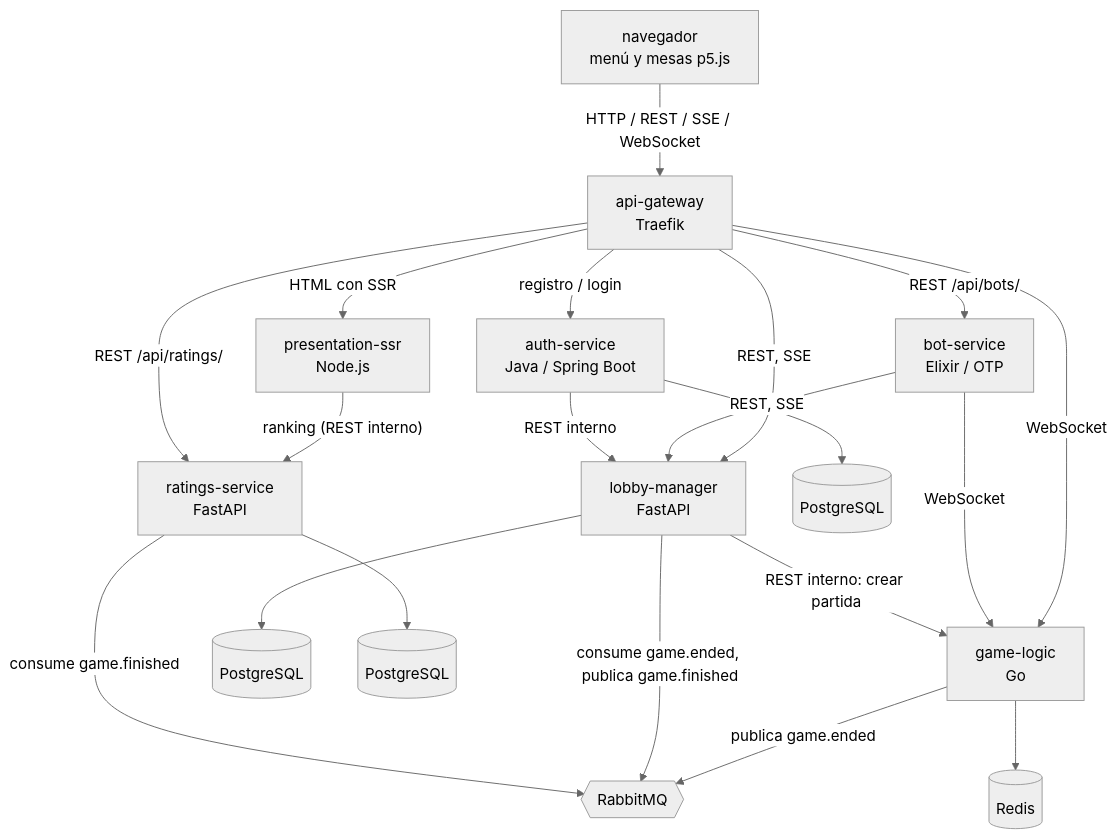
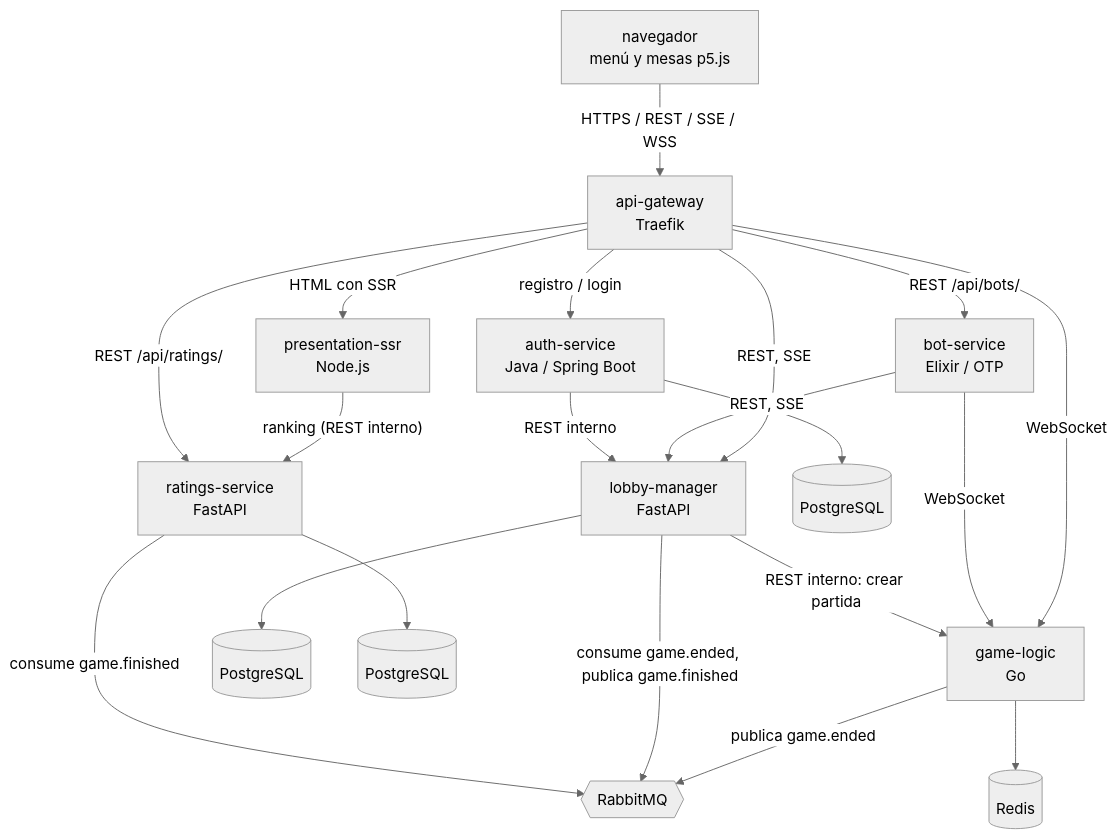
One commit to soetgdeznsgk/ArchSoft-Group1F changed the diagram in README.md. Above: the diagram before and after it, drawn with Mermaid (neutral theme). The commit also changed other lines of this file and 31 other files, not shown here.

````diff
--- a/README.md
+++ b/README.md
@@ -10,22 +10,22 @@
 ```mermaid
 flowchart TB
-  C[navegador<br/>menú y mesas p5.js] -- "HTTP / REST / SSE / WebSocket" --> G[api-gateway<br/>Traefik]
+  C[navegador<br/>menú y mesas p5.js] -- "HTTPS / REST / SSE / WSS" --> G[api-gateway<br/>Traefik]
   G -- "HTML con SSR" --> P[presentation-ssr<br/>Node.js]
   P -- "ranking (REST interno)" --> RS
   G -- "REST, SSE" --> L[lobby-manager<br/>FastAPI]
   G -- "registro / login" --> A[auth-service<br/>Java / Spring Boot]
   G -- WebSocket --> GL[game-logic<br/>Go]
   G -- "REST /api/bots/" --> B[bot-service<br/>Elixir / OTP]
   G -- "REST /api/ratings/" --> RS[ratings-service<br/>FastAPI]
   B -- "REST, SSE" --> L
   B -- WebSocket --> GL
   A -- "REST interno" --> L
   L -- "REST interno: crear partida" --> GL
   GL -- "publica game.ended" --> MQ{{RabbitMQ}}
   L -- "consume game.ended, publica game.finished" --> MQ
   RS -- "consume game.finished" --> MQ
   L --> PG[(PostgreSQL)]
   RS --> RPG[(PostgreSQL)]
   A --> APG[(PostgreSQL)]
   GL --> R[(Redis)]
 ```
````
